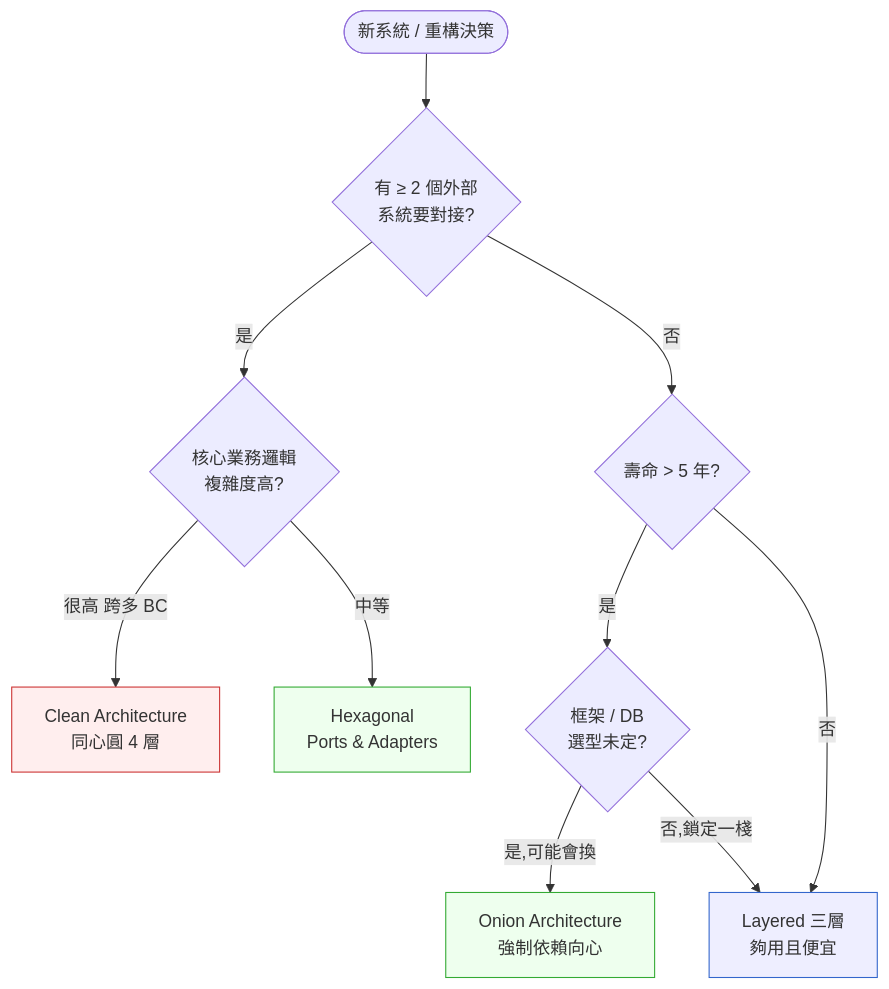
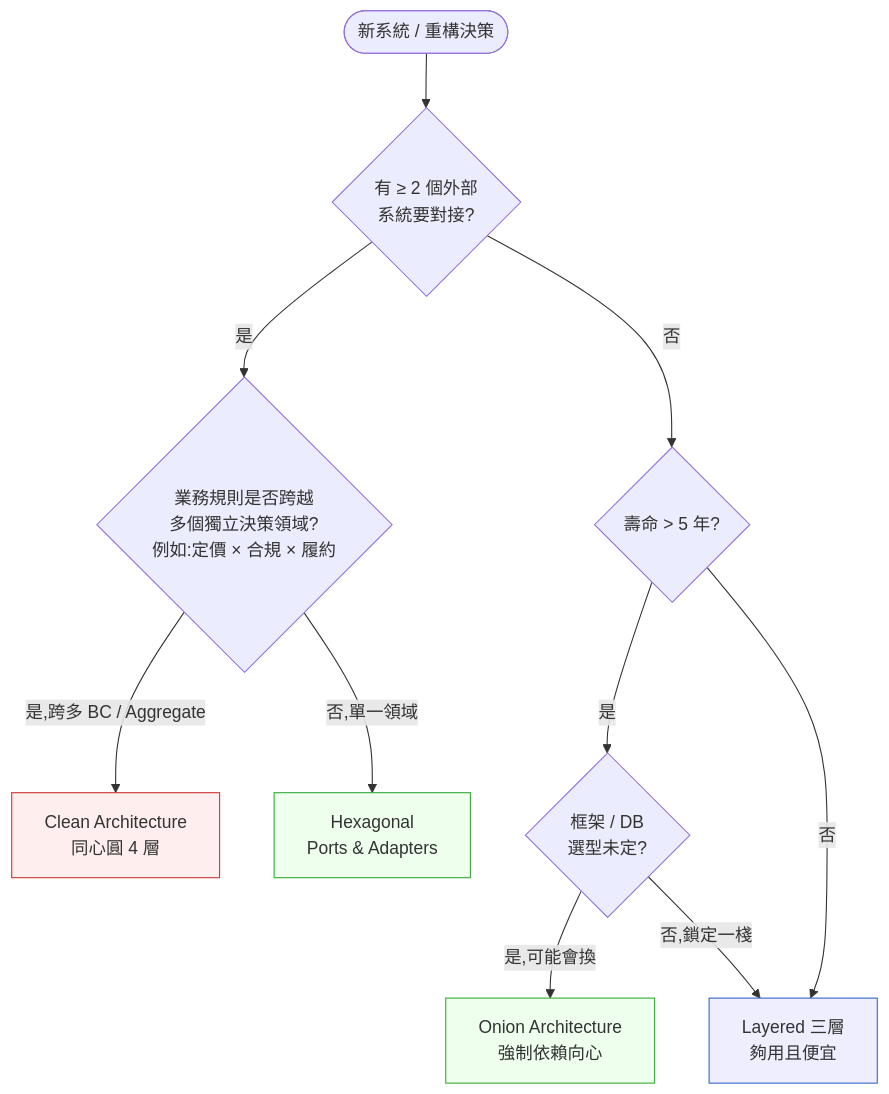
Before and after one commit to EddyKuo/sa-sd-playbook: the second of 3 diagrams in book/part-03-design/ch-13-architecture-styles.md, drawn with Mermaid. The commit also changed other lines of this file and 47 other files, not shown here.

````diff
--- a/book/part-03-design/ch-13-architecture-styles.md
+++ b/book/part-03-design/ch-13-architecture-styles.md
@@ -145,22 +153,22 @@
 ```mermaid
 flowchart TD
     Start([新系統 / 重構決策]) --> Q1{有 ≥ 2 個外部<br/>系統要對接?}
-    Q1 -->|是| Q2{核心業務邏輯<br/>複雜度高?}
+    Q1 -->|是| Q2{業務規則是否跨越<br/>多個獨立決策領域?<br/>例如:定價 × 合規 × 履約}
     Q1 -->|否| Q3{壽命 > 5 年?}
 
-    Q2 -->|很高 跨多 BC| Clean[Clean Architecture<br/>同心圓 4 層]
-    Q2 -->|中等| Hex[Hexagonal<br/>Ports & Adapters]
+    Q2 -->|是,跨多 BC / Aggregate| Clean[Clean Architecture<br/>同心圓 4 層]
+    Q2 -->|否,單一領域| Hex[Hexagonal<br/>Ports & Adapters]
 
     Q3 -->|是| Q4{框架 / DB<br/>選型未定?}
     Q3 -->|否| Layer[Layered 三層<br/>夠用且便宜]
 
     Q4 -->|是,可能會換| Onion[Onion Architecture<br/>強制依賴向心]
     Q4 -->|否,鎖定一棧| Layer
 
     classDef hot fill:#fee,stroke:#c33
     classDef cold fill:#eef,stroke:#36c
     classDef goal fill:#efe,stroke:#3a3
     class Clean hot
     class Hex,Onion goal
     class Layer cold
 ```
````
